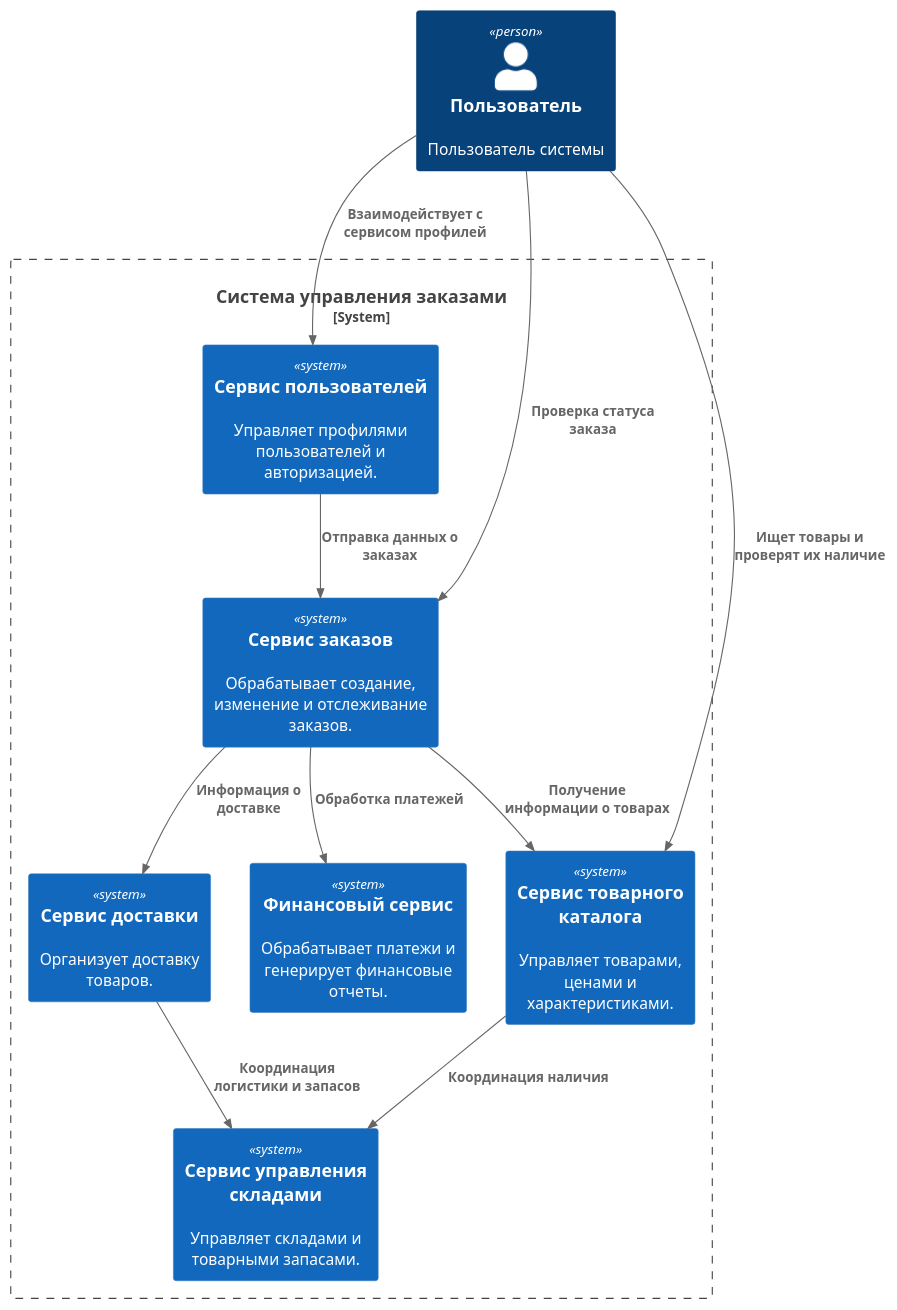
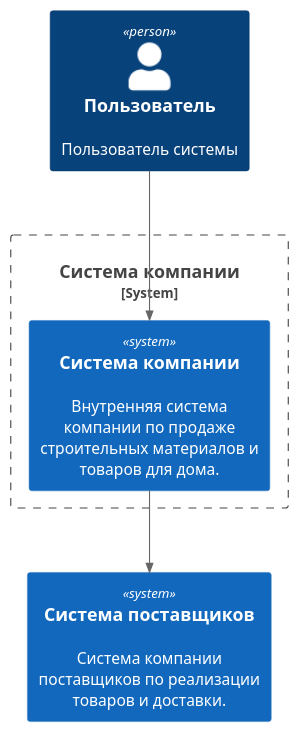
One commit to puchkova-va/Puchkova_analytics_practice changed the diagram in Diagram_context.puml. Above: the diagram before and after it, drawn with PlantUML. The commit also changed 4 other files, not shown here.

```diff
--- a/Diagram_context.puml
+++ b/Diagram_context.puml
@@ -1,28 +1,15 @@
 @startuml
 !include https://raw.githubusercontent.com/plantuml-stdlib/C4-PlantUML/master/C4_Context.puml
 
-' Определение участников системы
+'Элементы диаграммы
 Person(user, "Пользователь", "Пользователь системы")
+System(s2, "Система поставщиков", "Система компании поставщиков по реализации товаров и доставки.")
 
-' Сервисы
-System_Boundary(s1, "Система управления заказами") {
-    System(system_user_service, "Сервис пользователей", "Управляет профилями пользователей и авторизацией.")
-    System(system_catalog_service, "Сервис товарного каталога", "Управляет товарами, ценами и характеристиками.")
-    System(system_order_service, "Сервис заказов", "Обрабатывает создание, изменение и отслеживание заказов.")
-    System(system_delivery_service, "Сервис доставки", "Организует доставку товаров.")
-    System(system_warehouse_service, "Сервис управления складами", "Управляет складами и товарными запасами.")
-    System(system_finance_service, "Финансовый сервис", "Обрабатывает платежи и генерирует финансовые отчеты.")
+System_Boundary(s, "Система компании") {
+    System(s1, "Система компании", "Внутренняя система компании по продаже строительных материалов и товаров для дома.")
 }
 
-' Связи
-Rel(user, system_user_service, "Взаимодействует с сервисом профилей")
-Rel(user, system_catalog_service, "Ищет товары и проверят их наличие")
-Rel(user, system_order_service, "Проверка статуса заказа")
-Rel(system_user_service, system_order_service, "Отправка данных о заказах")
-Rel(system_order_service, system_catalog_service, "Получение информации о товарах")
-Rel(system_order_service, system_delivery_service, "Информация о доставке")
-Rel(system_order_service, system_finance_service, "Обработка платежей")
-Rel(system_delivery_service, system_warehouse_service, "Координация логистики и запасов")
-Rel(system_catalog_service, system_warehouse_service, "Координация наличия")
-
+'Связи между элементами диаграммы
+Rel(user, s1, "")
+Rel(s1, s2, "")
 @enduml
```
